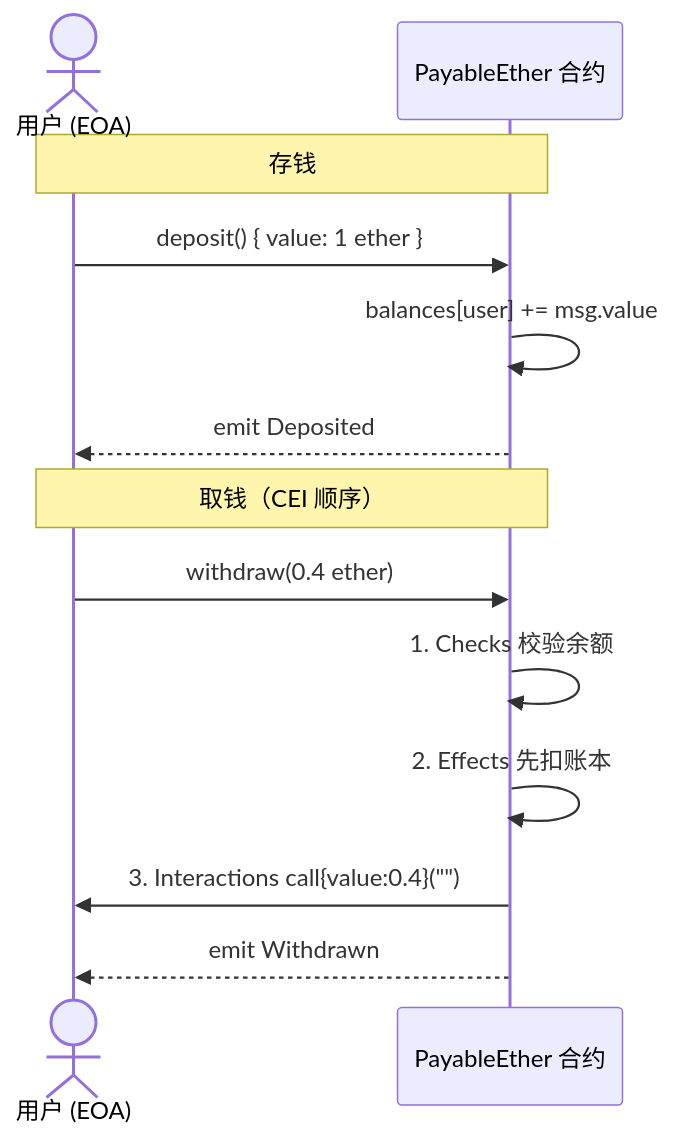
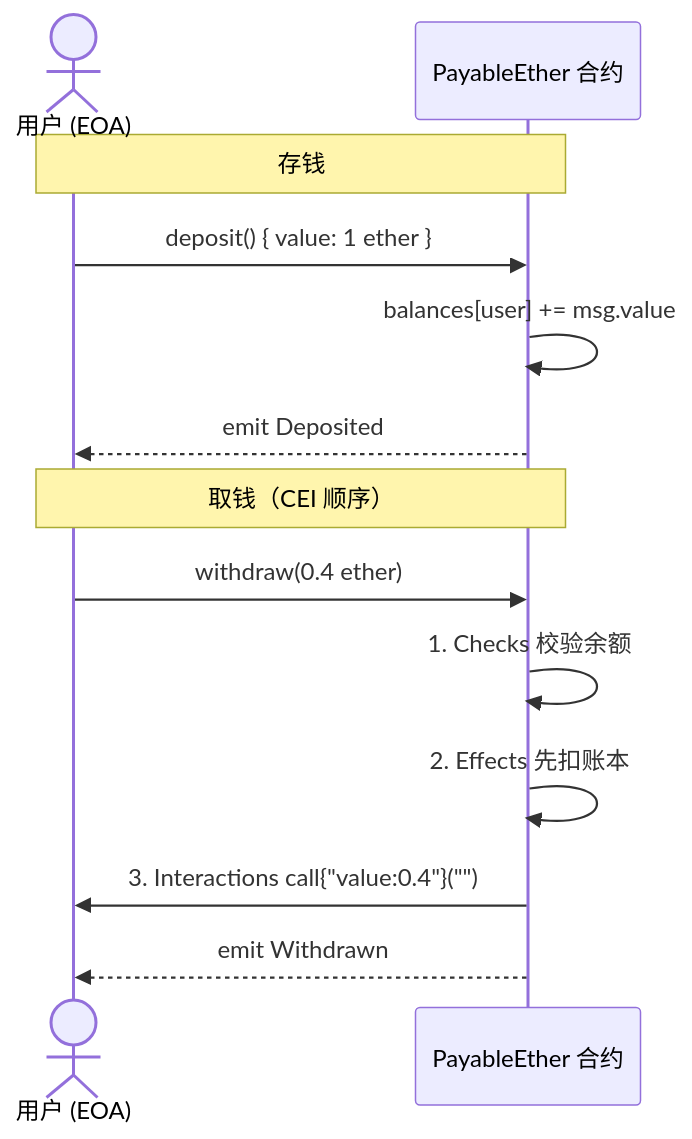
The first of 2 diagrams in 03-solidity/14-payable-ether/README.md (boyley/web3-learning), drawn with Mermaid before and after one commit. The commit also changed other lines of this file and 71 other files, not shown here.

First line of the commit message:
fix: 全库修复 Mermaid 词法错误

````diff
--- a/03-solidity/14-payable-ether/README.md
+++ b/03-solidity/14-payable-ether/README.md
@@ -37,15 +37,15 @@
 ```mermaid
 sequenceDiagram
     actor U as 用户 (EOA)
     participant C as PayableEther 合约
     Note over U,C: 存钱
     U->>C: deposit()  { value: 1 ether }
     C->>C: balances[user] += msg.value
     C-->>U: emit Deposited
     Note over U,C: 取钱（CEI 顺序）
     U->>C: withdraw(0.4 ether)
     C->>C: 1. Checks 校验余额
     C->>C: 2. Effects 先扣账本
-    C->>U: 3. Interactions call{value:0.4}("")
+    C->>U: 3. Interactions call{"value:0.4"}("")
     C-->>U: emit Withdrawn
 ```
````
